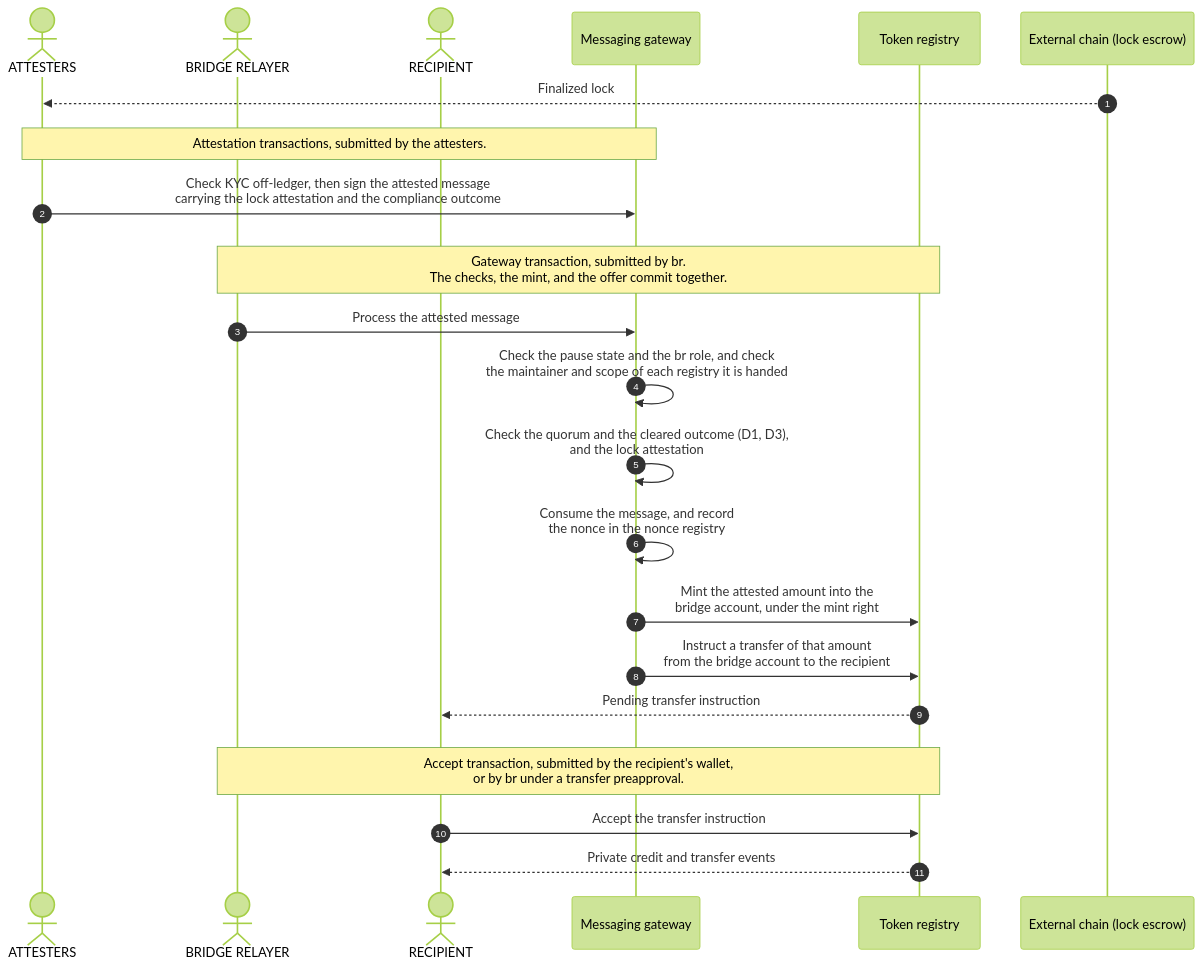
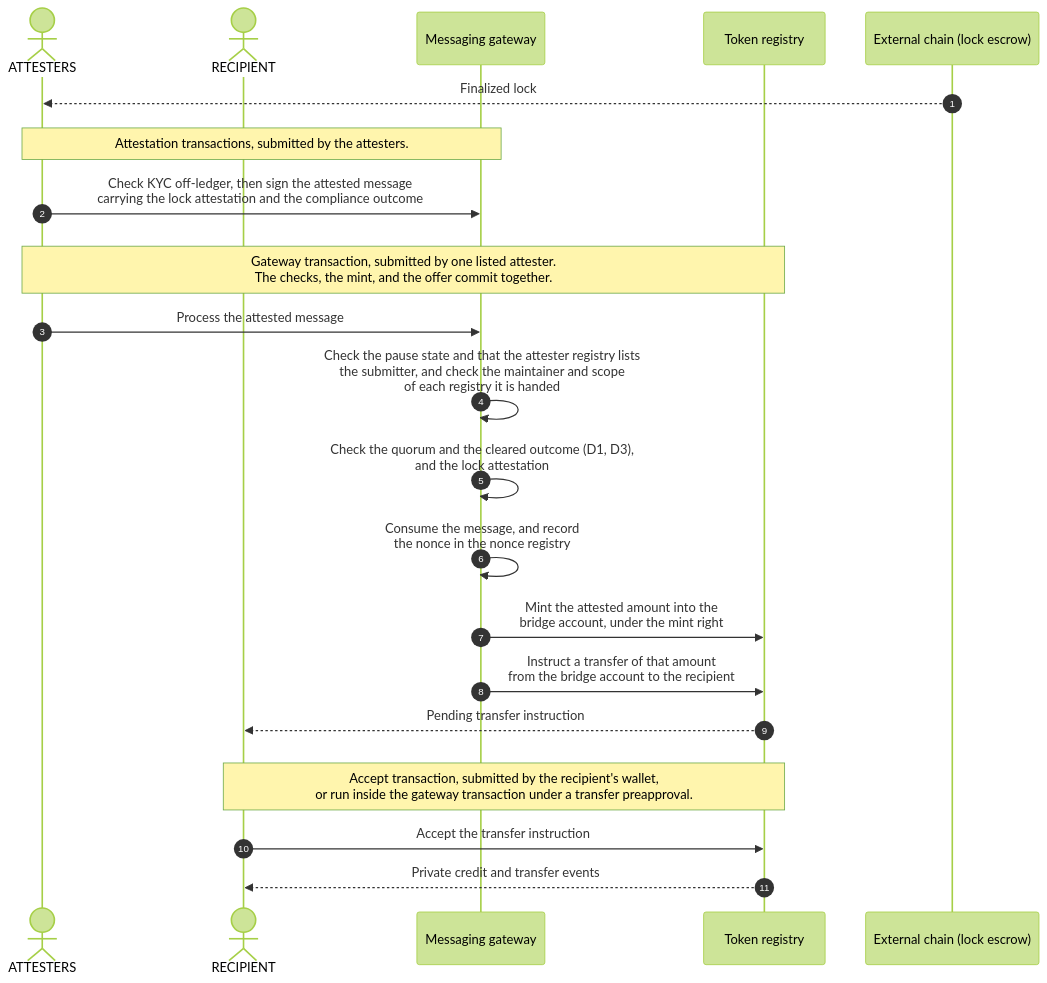
Before and after one commit to OpenZeppelin/canton-specs: the first of 3 diagrams in docs/reference-architectures/cross-chain-stablecoin.md, drawn with Mermaid (forest theme). The commit also changed other lines of this file, not shown here.

Commit message:
attestors take on br role

````diff
--- a/docs/reference-architectures/cross-chain-stablecoin.md
+++ b/docs/reference-architectures/cross-chain-stablecoin.md
@@ -304,31 +304,30 @@
 ```mermaid
 sequenceDiagram
     autonumber
     actor Attesters as ATTESTERS
-    actor Relayer as BRIDGE RELAYER
     actor Recipient as RECIPIENT
     participant App as Messaging gateway
     participant Registry as Token registry
     participant Chain as External chain (lock escrow)
 
     Chain-->>Attesters: Finalized lock
     rect rgba(255, 255, 255, .1)
         Note over Attesters,App: Attestation transactions, submitted by the attesters.
         Attesters->>App: Check KYC off-ledger, then sign the attested message<br/>carrying the lock attestation and the compliance outcome
     end
     rect rgba(255, 255, 255, .1)
-        Note over Relayer,Registry: Gateway transaction, submitted by br.<br/>The checks, the mint, and the offer commit together.
-        Relayer->>App: Process the attested message
-        App->>App: Check the pause state and the br role, and check<br/>the maintainer and scope of each registry it is handed
+        Note over Attesters,Registry: Gateway transaction, submitted by one listed attester.<br/>The checks, the mint, and the offer commit together.
+        Attesters->>App: Process the attested message
+        App->>App: Check the pause state and that the attester registry lists<br/>the submitter, and check the maintainer and scope<br/>of each registry it is handed
         App->>App: Check the quorum and the cleared outcome (D1, D3),<br/>and the lock attestation
         App->>App: Consume the message, and record<br/>the nonce in the nonce registry
         App->>Registry: Mint the attested amount into the<br/>bridge account, under the mint right
         App->>Registry: Instruct a transfer of that amount<br/>from the bridge account to the recipient
         Registry-->>Recipient: Pending transfer instruction
     end
     rect rgba(255, 255, 255, .1)
-        Note over Relayer,Registry: Accept transaction, submitted by the recipient's wallet,<br/>or by br under a transfer preapproval.
+        Note over Recipient,Registry: Accept transaction, submitted by the recipient's wallet,<br/>or run inside the gateway transaction under a transfer preapproval.
         Recipient->>Registry: Accept the transfer instruction
         Registry-->>Recipient: Private credit and transfer events
     end
 ```
````
